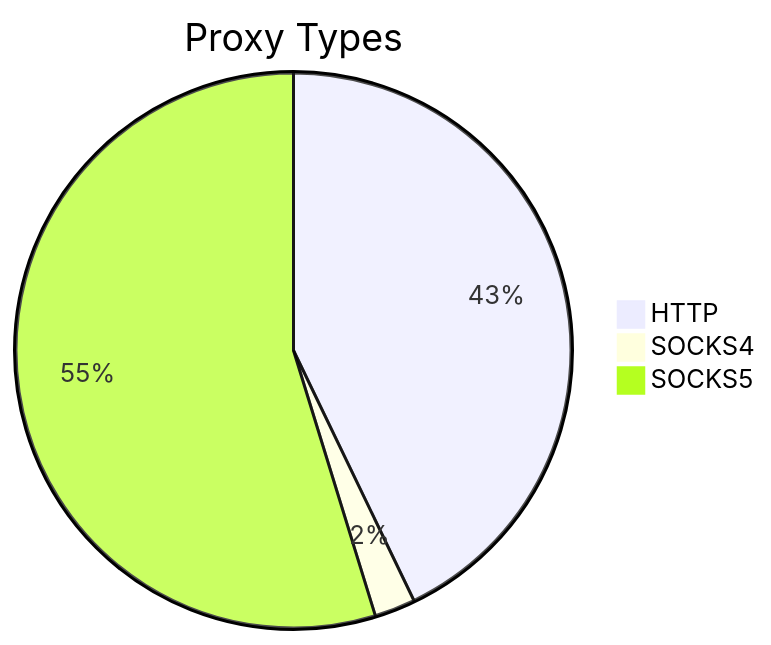
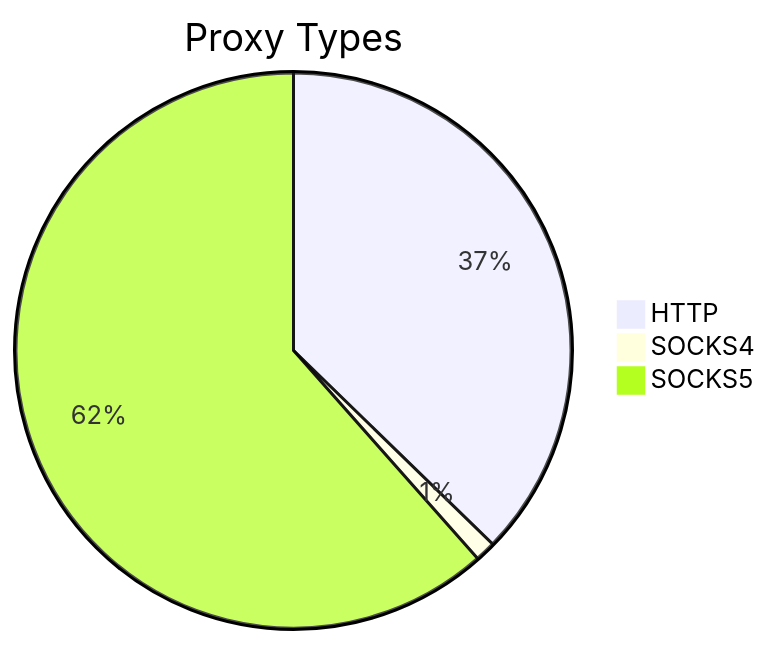
Before and after one commit to stormsia/proxy-list: the first of 2 diagrams in README.md, drawn with Mermaid. The commit also changed other lines of this file, not shown here.

````diff
--- a/README.md
+++ b/README.md
@@ -21,6 +21,6 @@
 ```mermaid
 pie title Proxy Types
-    "HTTP" : 234
-    "SOCKS4" : 13
-    "SOCKS5" : 299
+    "HTTP" : 312
+    "SOCKS4" : 10
+    "SOCKS5" : 515
 ```
````
